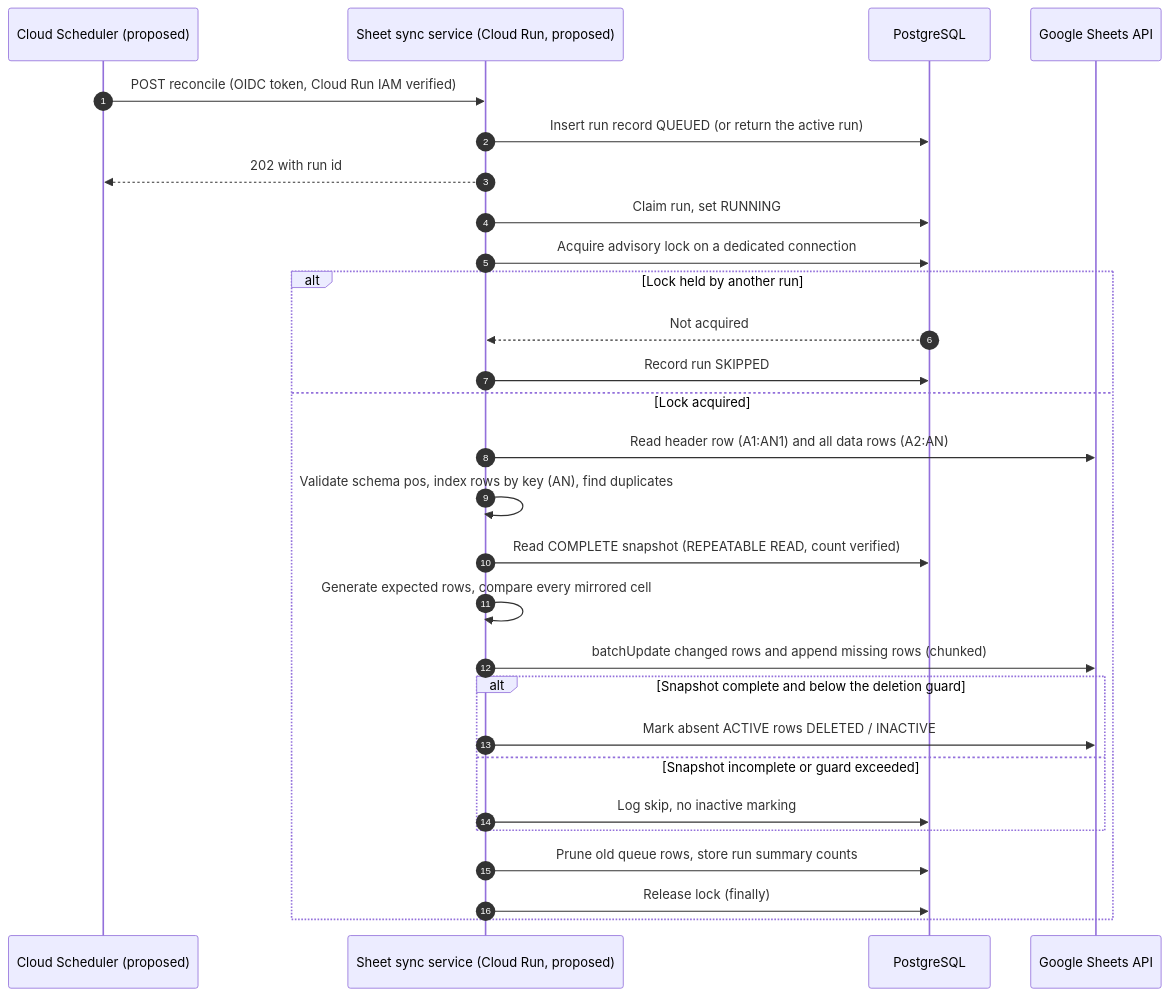
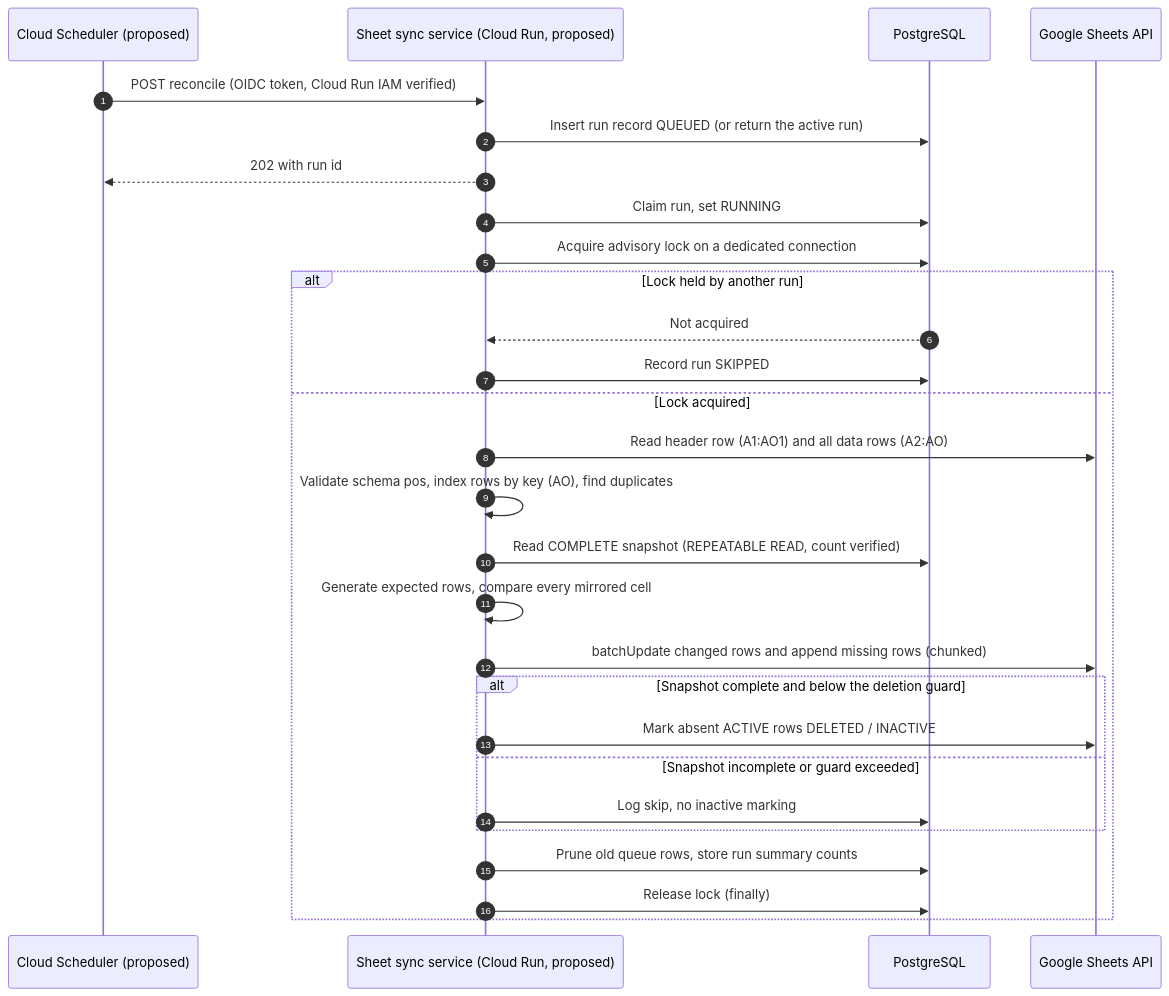
The fifth of 11 diagrams in Docs/GOOGLE_SHEET_CANDIDATE_SYNC_ARCHITECTURE.md (emlynk-pixel/EmlynkWABot), drawn with Mermaid before and after one commit. The commit also changed other lines of this file and 33 other files, not shown here.

Commit message:
feat(admin): update candidate progress and registration flow

````diff
--- a/Docs/GOOGLE_SHEET_CANDIDATE_SYNC_ARCHITECTURE.md
+++ b/Docs/GOOGLE_SHEET_CANDIDATE_SYNC_ARCHITECTURE.md
@@ -678,31 +685,31 @@
 ```mermaid
 sequenceDiagram
     autonumber
     participant S as Cloud Scheduler (proposed)
     participant W as Sheet sync service (Cloud Run, proposed)
     participant DB as PostgreSQL
     participant G as Google Sheets API
 
     S->>W: POST reconcile (OIDC token, Cloud Run IAM verified)
     W->>DB: Insert run record QUEUED (or return the active run)
     W-->>S: 202 with run id
     W->>DB: Claim run, set RUNNING
     W->>DB: Acquire advisory lock on a dedicated connection
     alt Lock held by another run
         DB-->>W: Not acquired
         W->>DB: Record run SKIPPED
     else Lock acquired
-        W->>G: Read header row (A1:AN1) and all data rows (A2:AN)
-        W->>W: Validate schema pos, index rows by key (AN), find duplicates
+        W->>G: Read header row (A1:AO1) and all data rows (A2:AO)
+        W->>W: Validate schema pos, index rows by key (AO), find duplicates
         W->>DB: Read COMPLETE snapshot (REPEATABLE READ, count verified)
         W->>W: Generate expected rows, compare every mirrored cell
         W->>G: batchUpdate changed rows and append missing rows (chunked)
         alt Snapshot complete and below the deletion guard
             W->>G: Mark absent ACTIVE rows DELETED / INACTIVE
         else Snapshot incomplete or guard exceeded
             W->>DB: Log skip, no inactive marking
         end
         W->>DB: Prune old queue rows, store run summary counts
         W->>DB: Release lock (finally)
     end
 ```
````
